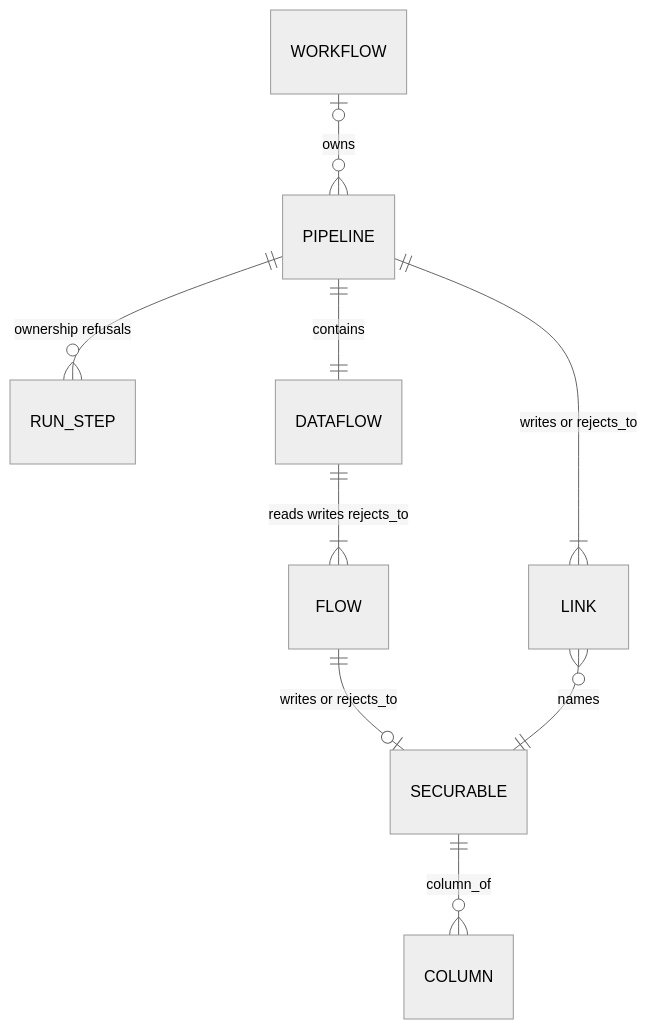
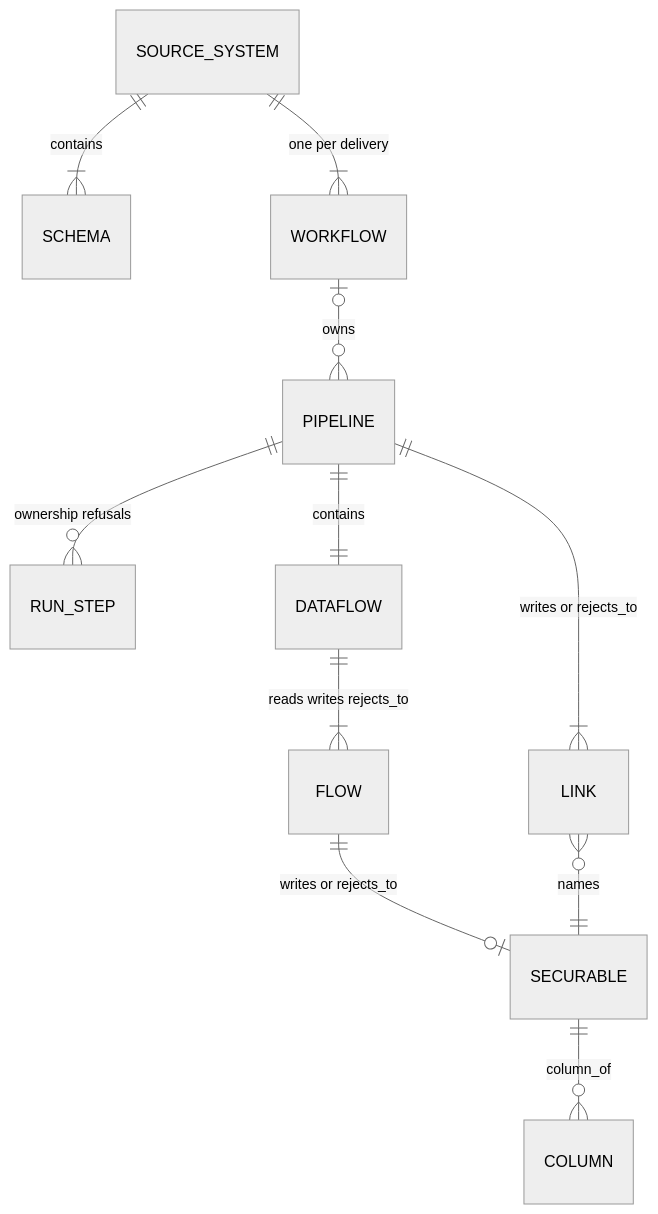
Before and after one commit to NitinKeshavB/framework: the seventh of 9 diagrams in framework_docs/ARCHITECTURE.md, drawn with Mermaid (neutral theme). The commit also changed other lines of this file and 17 other files, not shown here.

First line of the commit message:
Load source, schema, and spec metadata as SCD Type 2 at deploy and tag schemas, tables, and jobs

````diff
--- a/framework_docs/ARCHITECTURE.md
+++ b/framework_docs/ARCHITECTURE.md
@@ -264,11 +274,13 @@
 ```mermaid
 erDiagram
+  SOURCE_SYSTEM ||--|{ SCHEMA : contains
+  SOURCE_SYSTEM ||--|{ WORKFLOW : "one per delivery"
   WORKFLOW |o--o{ PIPELINE : owns
   PIPELINE ||--o{ RUN_STEP : "ownership refusals"
   PIPELINE ||--|| DATAFLOW : contains
   DATAFLOW ||--|{ FLOW : "reads writes rejects_to"
   FLOW ||--o| SECURABLE : "writes or rejects_to"
   PIPELINE ||--|{ LINK : "writes or rejects_to"
   LINK }o--|| SECURABLE : names
   SECURABLE ||--o{ COLUMN : column_of
 ```
````
